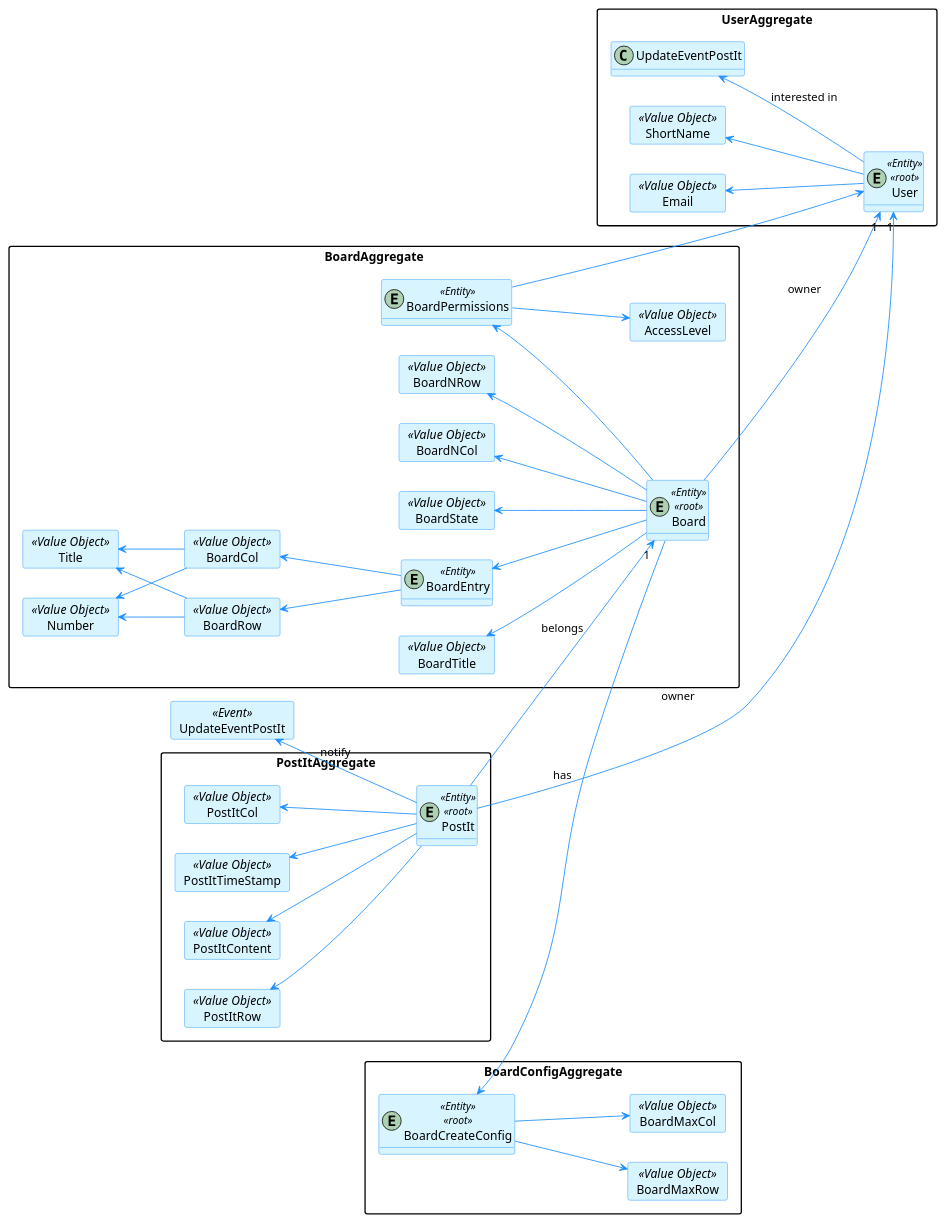
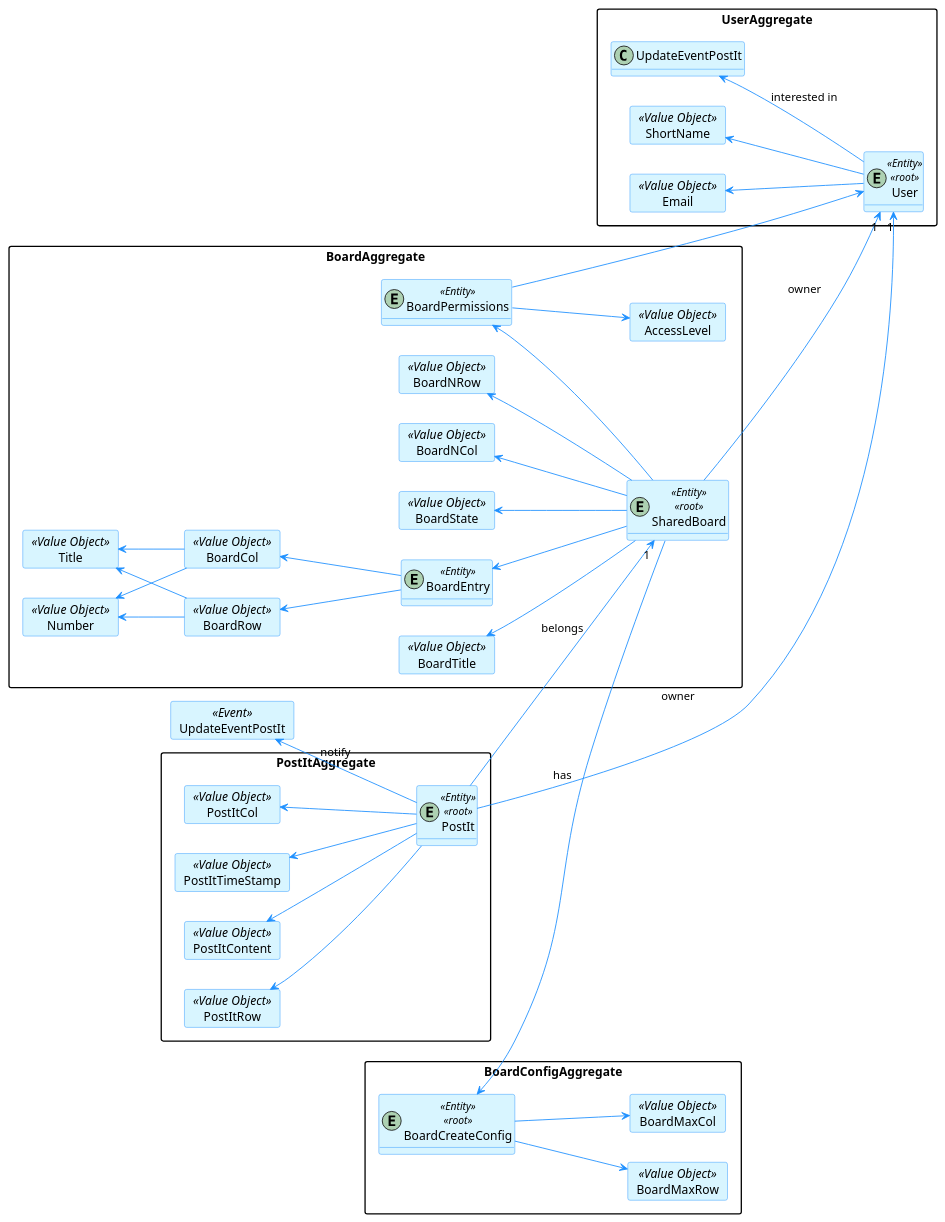
Before and after one commit to brunacosta03/sem4pi_22_23: the diagram in docs/1201205/DomainModel.puml, drawn with PlantUML. The commit also changed 4 other files, not shown here.

```diff
--- a/docs/1201205/DomainModel.puml
+++ b/docs/1201205/DomainModel.puml
@@ -1,148 +1,148 @@
 @startuml "Shared Boards"
 left to right direction
 
 hide methods
 
 skinparam classAttributeIconSize 0
 
 skinparam class {
     LifeLineBorderColor DodgerBlue
     LifeLineBackgroundColor APPLICATION
     BackgroundColor #D8F5FF
     ArrowColor DodgerBlue
     BorderColor DodgerBlue
 }
 
 skinparam packageStyle rectangle
 skinparam card {
     LifeLineBorderColor DodgerBlue
     LifeLineBackgroundColor APPLICATION
     BackgroundColor #D8F5FF
     ArrowColor DodgerBlue
     BorderColor DodgerBlue
 }
 
 ' PostIt
 package PostItAggregate{
     entity PostIt <<Entity>><<root>>
 
     card PostItContent <<Value Object>>{
     }
 
     card PostItRow <<Value Object>>{
     }
 
     card PostItCol <<Value Object>>{
     }
 
     card PostItTimeStamp <<Value Object>>{
     }
 
     PostItContent <-- PostIt
     PostItRow <-- PostIt
     PostItCol <-- PostIt
     PostItTimeStamp <-- PostIt
 }
 
 
 ' User
 package UserAggregate{
     entity User <<Entity>><<root>>
 
     card ShortName <<Value Object>>{
     }
 
     card Email <<Value Object>>{
     }
 
     ShortName <-- User
     Email <-- User
     UpdateEventPostIt <-- User :interested in
 }
 
 
 ' Board
 package BoardAggregate{
-    entity Board <<Entity>><<root>>
+    entity SharedBoard <<Entity>><<root>>
     
     card BoardTitle <<Value Object>>{
     }
 
     card BoardNRow <<Value Object>>{
     }
 
     card BoardNCol <<Value Object>>{
     }
 
     card BoardState <<Value Object>>{
     }
 
     card Title <<Value Object>>{
     }
 
     card Number <<Value Object>>{
     }
 
-    BoardTitle <-- Board
-    BoardNRow <-- Board
-    BoardNCol <-- Board
-    BoardState <-- Board
+    BoardTitle <-- SharedBoard
+    BoardNRow <-- SharedBoard
+    BoardNCol <-- SharedBoard
+    BoardState <-- SharedBoard
 
     entity BoardEntry <<Entity>>{
     }
 
     card BoardRow <<Value Object>>{
     }
 
     card BoardCol <<Value Object>>{
     }
 
-    BoardEntry <-- Board
+    BoardEntry <-- SharedBoard
     BoardRow <-- BoardEntry
     BoardCol <-- BoardEntry
     Number <-- BoardRow
     Title <-- BoardCol
     Number <-- BoardCol
     Title <-- BoardRow
 
 
     entity BoardPermissions <<Entity>>
 
     card AccessLevel <<Value Object>>{
     }
 
-    BoardPermissions <-- Board
+    BoardPermissions <-- SharedBoard
     BoardPermissions --> User
     BoardPermissions --> AccessLevel
 }
 
-' Board
+' Board Config
 package BoardConfigAggregate{
     entity BoardCreateConfig <<Entity>><<root>>
 
     card BoardMaxRow <<Value Object>>{
     }
 
     card BoardMaxCol <<Value Object>>{
     }
     
     BoardCreateConfig --> BoardMaxRow
     BoardCreateConfig --> BoardMaxCol
 }
 
 ' Relations
 PostIt --> "1" User :owner
-Board --> "1" User :owner
-PostIt --> "1" Board :belongs
-BoardCreateConfig <-- Board :has
+SharedBoard --> "1" User :owner
+PostIt --> "1" SharedBoard :belongs
+BoardCreateConfig <-- SharedBoard :has
 
 
 
 ' Events
 card UpdateEventPostIt <<Event>>{
 }
 
 UpdateEventPostIt <-- PostIt :notify
 
 
 @enduml
```
